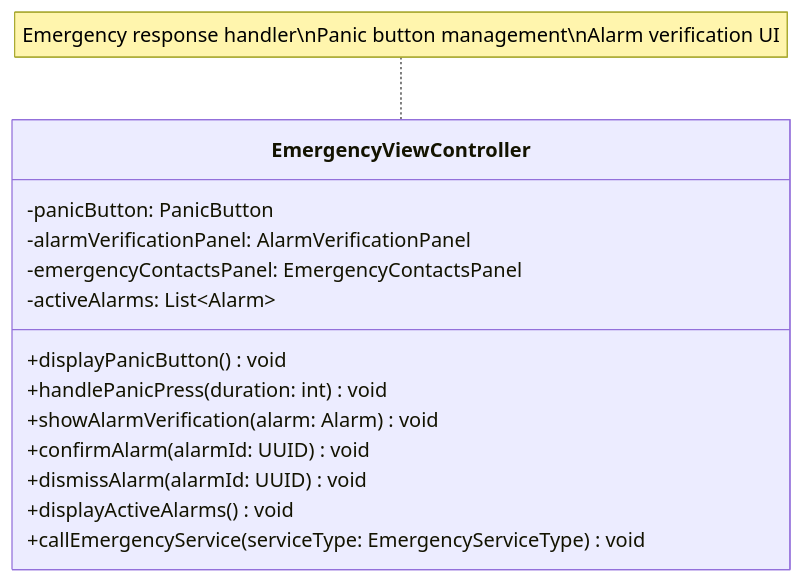
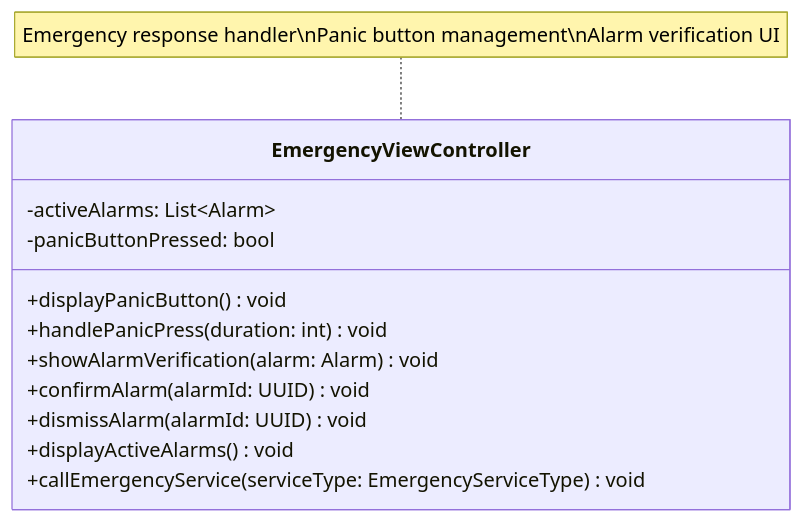
Before and after one commit to mj010101/swe_25f: the sixth of 10 diagrams in diagrams/presentation_class_diagram.md, drawn with Mermaid. The commit also changed other lines of this file and 4 other files, not shown here.

````diff
--- a/diagrams/presentation_class_diagram.md
+++ b/diagrams/presentation_class_diagram.md
@@ -163,20 +155,18 @@
 ```mermaid
 classDiagram
     direction TB
 
     class EmergencyViewController {
-        -panicButton: PanicButton
-        -alarmVerificationPanel: AlarmVerificationPanel
-        -emergencyContactsPanel: EmergencyContactsPanel
         -activeAlarms: List~Alarm~
+        -panicButtonPressed: bool
         +displayPanicButton() void
         +handlePanicPress(duration: int) void
         +showAlarmVerification(alarm: Alarm) void
         +confirmAlarm(alarmId: UUID) void
         +dismissAlarm(alarmId: UUID) void
         +displayActiveAlarms() void
         +callEmergencyService(serviceType: EmergencyServiceType) void
     }
 
     note for EmergencyViewController "Emergency response handler\nPanic button management\nAlarm verification UI"
 ```
````
